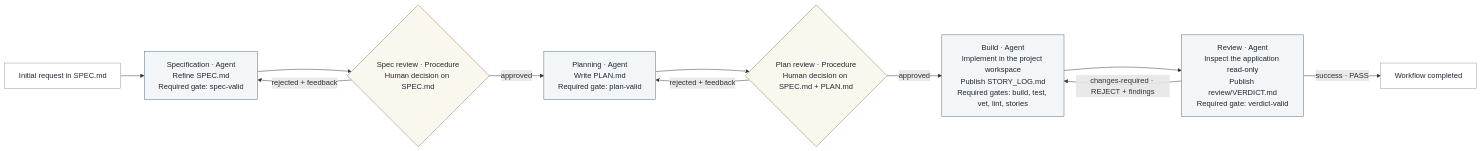
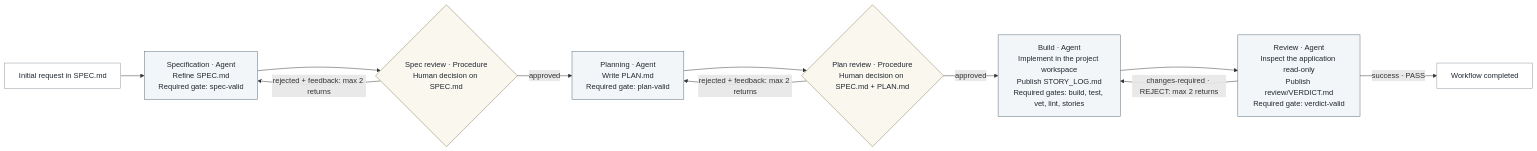
The diagram in resources/examples/coder_golang/workflow-diagram.md (jasondeutsch/watts), drawn with Mermaid before and after one commit. The commit also changed other lines of this file and 119 other files, not shown here.

````diff
--- a/resources/examples/coder_golang/workflow-diagram.md
+++ b/resources/examples/coder_golang/workflow-diagram.md
@@ -5,20 +5,20 @@
 ```mermaid
 flowchart LR
     Request["Initial request in SPEC.md"] --> Spec["Specification · Agent<br/>Refine SPEC.md<br/>Required gate: spec-valid"]
     Spec --> SpecReview{"Spec review · Procedure<br/>Human decision on SPEC.md"}
     SpecReview -->|approved| Plan["Planning · Agent<br/>Write PLAN.md<br/>Required gate: plan-valid"]
-    SpecReview -->|rejected + feedback| Spec
+    SpecReview -->|rejected + feedback: max 2 returns| Spec
     Plan --> PlanReview{"Plan review · Procedure<br/>Human decision on SPEC.md + PLAN.md"}
     PlanReview -->|approved| Build["Build · Agent<br/>Implement in the project workspace<br/>Publish STORY_LOG.md<br/>Required gates: build, test, vet, lint, stories"]
-    PlanReview -->|rejected + feedback| Plan
+    PlanReview -->|rejected + feedback: max 2 returns| Plan
     Build --> Review["Review · Agent<br/>Inspect the application read-only<br/>Publish review/VERDICT.md<br/>Required gate: verdict-valid"]
     Review -->|"success · PASS"| Complete["Workflow completed"]
-    Review -->|"changes-required · REJECT + findings"| Build
+    Review -->|"changes-required · REJECT: max 2 returns"| Build
 
     classDef agent fill:#f3f6f8,stroke:#536879,color:#202830;
     classDef approval fill:#faf7ef,stroke:#8a7954,color:#202830;
     classDef boundary fill:#ffffff,stroke:#8b969f,color:#202830;
     class Spec,Plan,Build,Review agent;
     class SpecReview,PlanReview approval;
     class Request,Complete boundary;
 ```
````
